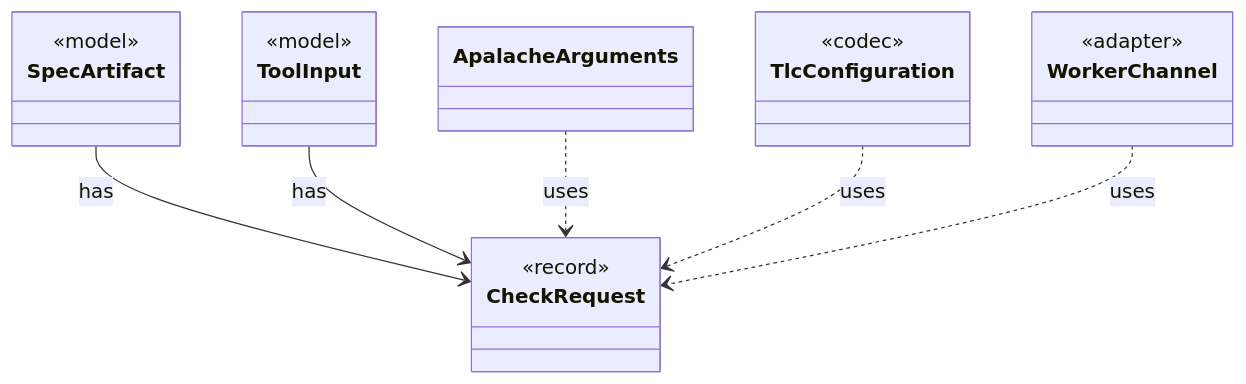
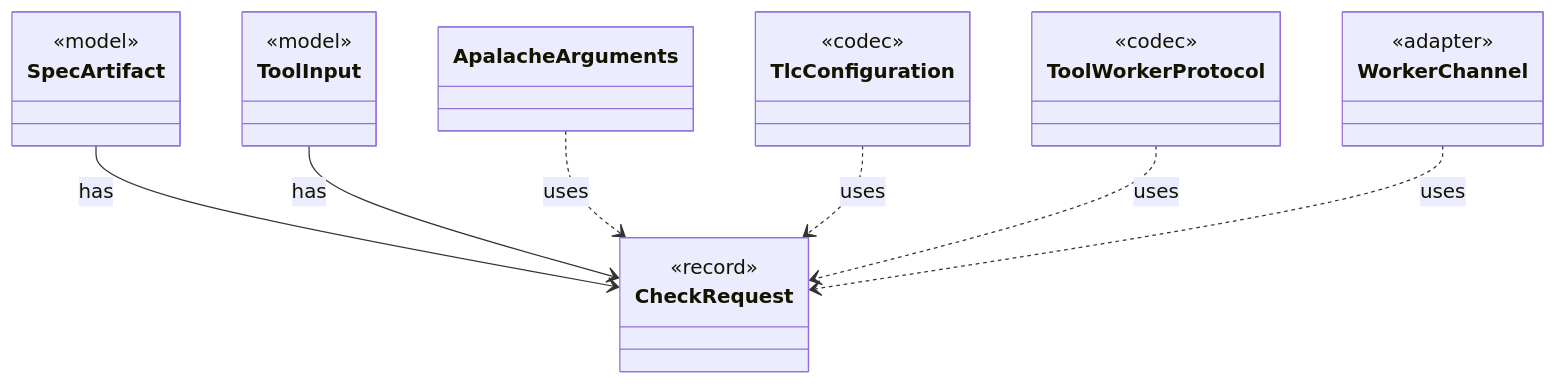
The diagram in dev/types/io.github.tlaplus.hardening.workflow.worker.CheckRequest.md (tlaplus/model-checker-hardening), drawn with Mermaid before and after one commit. The commit also changed other lines of this file and 405 other files, not shown here.

````diff
--- a/dev/types/io.github.tlaplus.hardening.workflow.worker.CheckRequest.md
+++ b/dev/types/io.github.tlaplus.hardening.workflow.worker.CheckRequest.md
@@ -9,24 +9,28 @@
 ```mermaid
 classDiagram
   class CheckRequest {
     <<record>>
   }
   class SpecArtifact {
     <<model>>
   }
   class ToolInput {
     <<model>>
   }
   class ApalacheArguments
   class TlcConfiguration {
     <<codec>>
   }
+  class ToolWorkerProtocol {
+    <<codec>>
+  }
   class WorkerChannel {
     <<adapter>>
   }
   SpecArtifact --> CheckRequest : has
   ToolInput --> CheckRequest : has
   ApalacheArguments ..> CheckRequest : uses
   TlcConfiguration ..> CheckRequest : uses
+  ToolWorkerProtocol ..> CheckRequest : uses
   WorkerChannel ..> CheckRequest : uses
 ```
````
